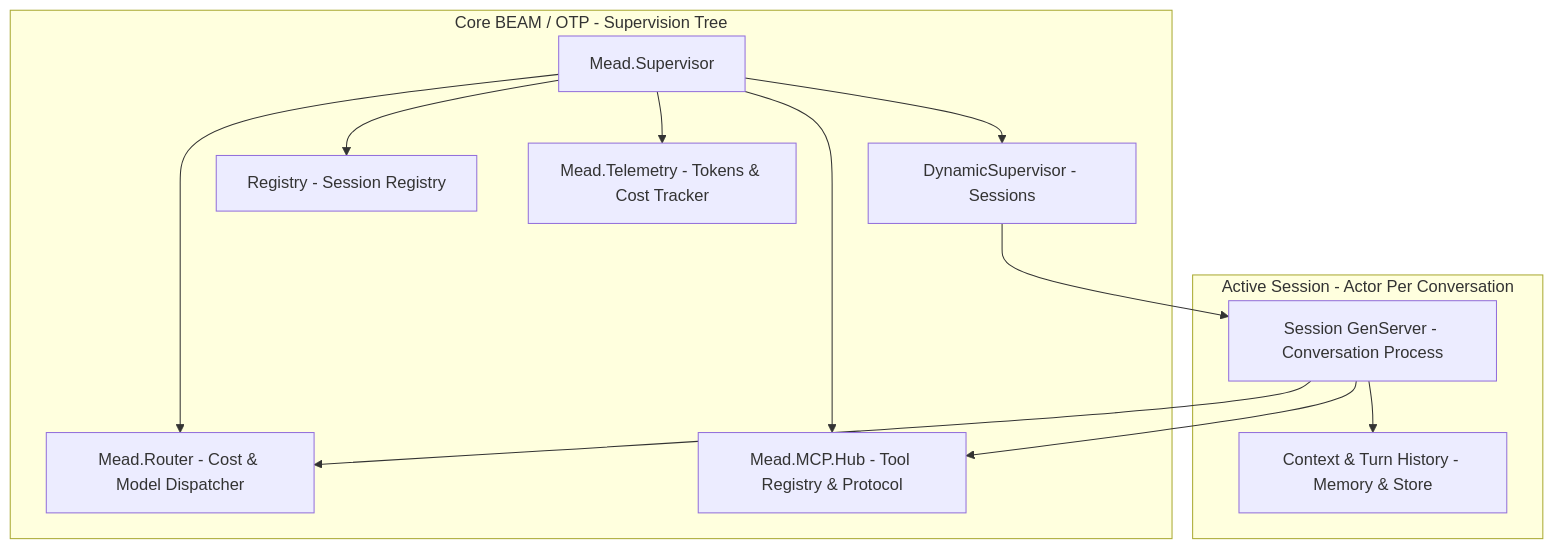
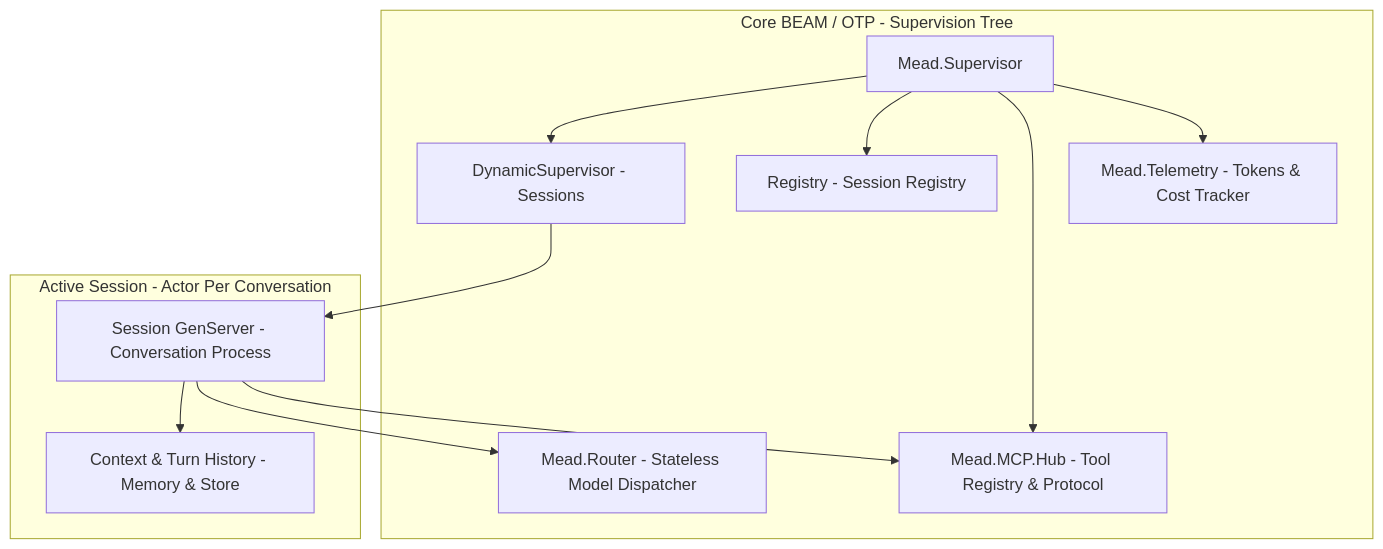
Before and after one commit to albertosca/mead: the first of 2 diagrams in docs/ARCHITECTURE.md, drawn with Mermaid. The commit also changed other lines of this file and 2 other files, not shown here.

Commit message:
Document the model router and record the plan as done

````diff
--- a/docs/ARCHITECTURE.md
+++ b/docs/ARCHITECTURE.md
@@ -10,27 +10,26 @@
 ```mermaid
 graph TD
     subgraph core_otp ["Core BEAM / OTP - Supervision Tree"]
         RootSup["Mead.Supervisor"]
         SessionSup["DynamicSupervisor - Sessions"]
         Registry["Registry - Session Registry"]
-        RouterEngine["Mead.Router - Cost & Model Dispatcher"]
+        RouterEngine["Mead.Router - Stateless Model Dispatcher"]
         MCPHub["Mead.MCP.Hub - Tool Registry & Protocol"]
         Metrics["Mead.Telemetry - Tokens & Cost Tracker"]
     end
 
     RootSup --> SessionSup
     RootSup --> Registry
-    RootSup --> RouterEngine
     RootSup --> MCPHub
     RootSup --> Metrics
 
     subgraph active_session ["Active Session - Actor Per Conversation"]
         SessionProc["Session GenServer - Conversation Process"]
         ContextBuffer["Context & Turn History - Memory & Store"]
     end
 
     SessionSup --> SessionProc
     SessionProc --> ContextBuffer
     SessionProc --> RouterEngine
     SessionProc --> MCPHub
 ```
````
